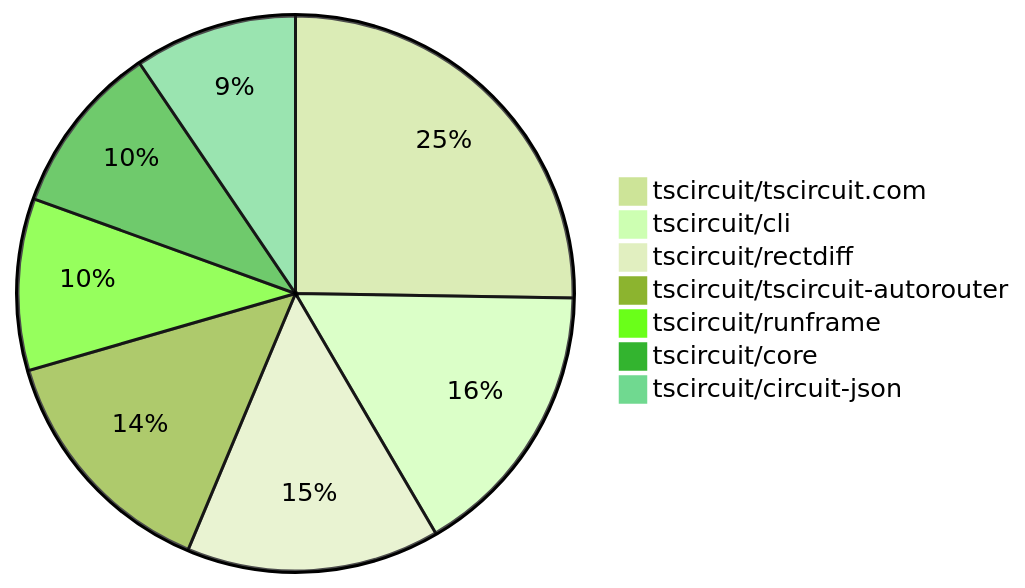
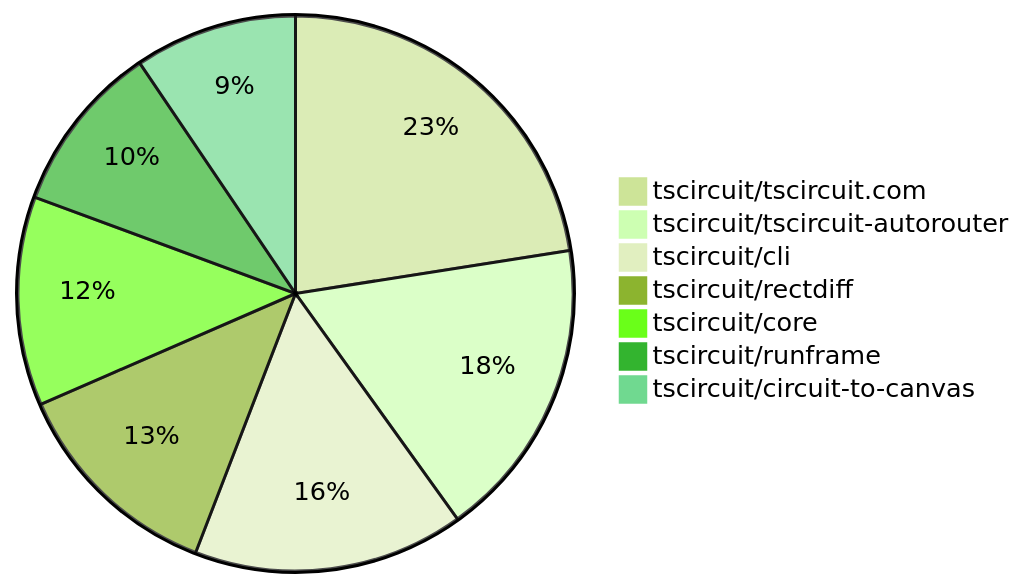
Before and after one commit to tscircuit/contribution-tracker: the second of 2 diagrams in README.md, drawn with Mermaid (forest theme). The commit also changed other lines of this file and 3 other files, not shown here.

````diff
--- a/README.md
+++ b/README.md
@@ -124,10 +127,10 @@
 ```mermaid
 pie
-    "tscircuit/tscircuit.com" : 48
-    "tscircuit/cli" : 31
+    "tscircuit/tscircuit.com" : 50
+    "tscircuit/tscircuit-autorouter" : 39
+    "tscircuit/cli" : 35
     "tscircuit/rectdiff" : 28
-    "tscircuit/tscircuit-autorouter" : 27
-    "tscircuit/runframe" : 19
-    "tscircuit/core" : 19
-    "tscircuit/circuit-json" : 18
+    "tscircuit/core" : 27
+    "tscircuit/runframe" : 22
+    "tscircuit/circuit-to-canvas" : 21
 ```
````
